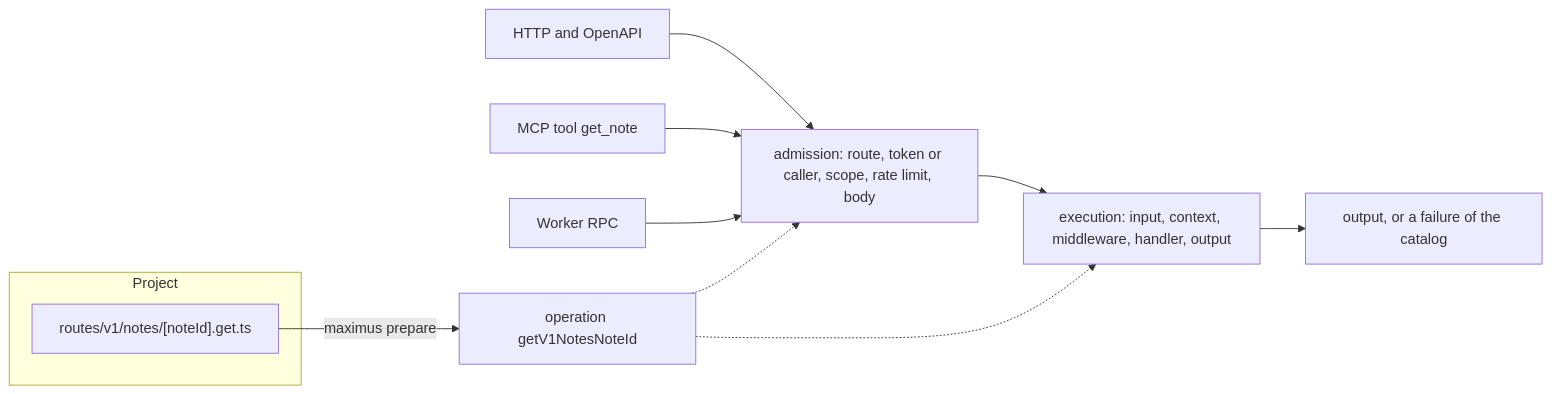
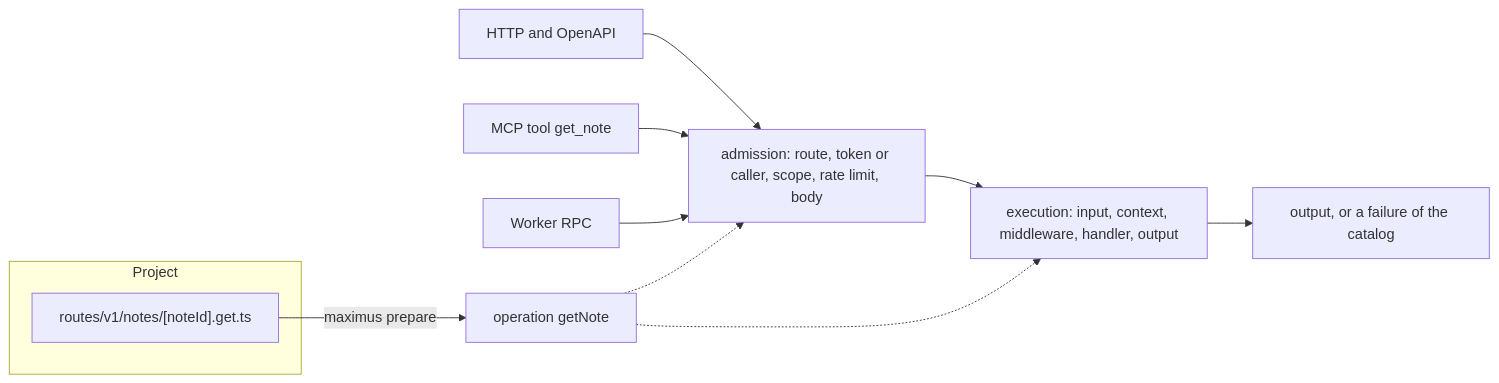
The diagram in docs/concepts.md (getarbol/maximus), drawn with Mermaid before and after one commit. The commit also changed other lines of this file and 142 other files, not shown here.

````diff
--- a/docs/concepts.md
+++ b/docs/concepts.md
@@ -9,14 +9,14 @@
 ```mermaid
 flowchart LR
   subgraph Project
     Route["routes/v1/notes/[noteId].get.ts"]
   end
-  Route -- "maximus prepare" --> Op["operation getV1NotesNoteId"]
+  Route -- "maximus prepare" --> Op["operation getNote"]
   HTTP["HTTP and OpenAPI"] --> Admit
   MCP["MCP tool get_note"] --> Admit
   RPC["Worker RPC"] --> Admit
   Admit["admission: route, token or caller, scope, rate limit, body"] --> Exec["execution: input, context, middleware, handler, output"]
   Op -.-> Admit
   Op -.-> Exec
   Exec --> Answer["output, or a failure of the catalog"]
 ```
````
